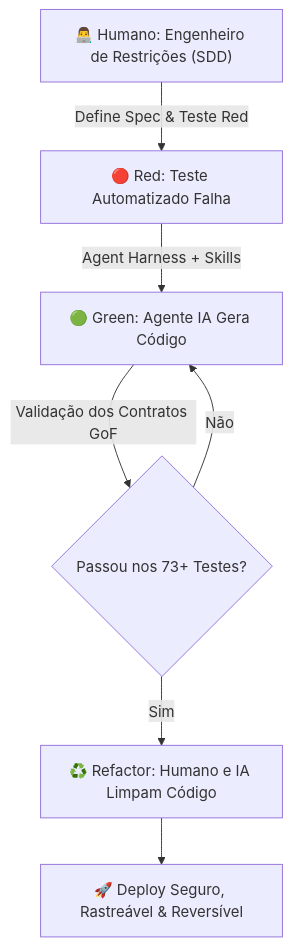
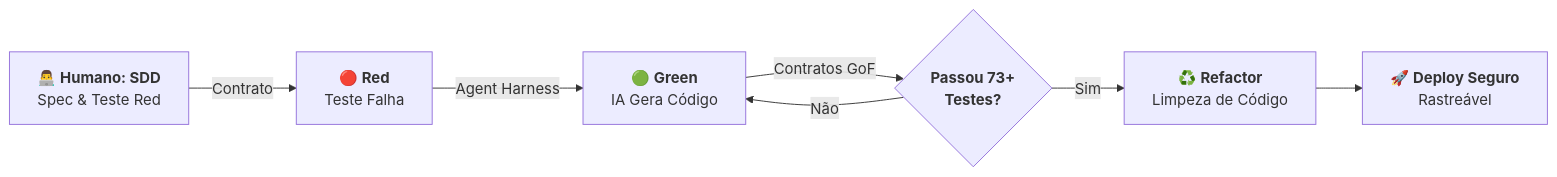
The second of 2 diagrams in Manifesto/manifesto.md (andresouza72br-sketch/SHM---Support-Hours-Manage), drawn with Mermaid before and after one commit. The commit also changed other lines of this file and 7 other files, not shown here.

Commit message:
docs(pdf): ajustar diagramas para alta legibilidade e proporcao ideal

````diff
--- a/Manifesto/manifesto.md
+++ b/Manifesto/manifesto.md
@@ -98,9 +98,9 @@
 ```mermaid
-flowchart TD
-    A["👨‍💻 Humano: Engenheiro de Restrições (SDD)"] -->|Define Spec & Teste Red| B["🔴 Red: Teste Automatizado Falha"]
-    B -->|Agent Harness + Skills| C["🟢 Green: Agente IA Gera Código"]
-    C -->|Validação dos Contratos GoF| D{"Passou nos 73+ Testes?"}
-    D -- Sim --> E["♻️ Refactor: Humano e IA Limpam Código"]
-    D -- Não --> C
-    E --> F["🚀 Deploy Seguro, Rastreável & Reversível"]
+flowchart LR
+    A["👨‍💻 <b>Humano: SDD</b><br>Spec & Teste Red"] -->|Contrato| B["🔴 <b>Red</b><br>Teste Falha"]
+    B -->|Agent Harness| C["🟢 <b>Green</b><br>IA Gera Código"]
+    C -->|Contratos GoF| D{"<b>Passou 73+<br>Testes?</b>"}
+    D -- "Não" --> C
+    D -- "Sim" --> E["♻️ <b>Refactor</b><br>Limpeza de Código"]
+    E --> F["🚀 <b>Deploy Seguro</b><br>Rastreável"]
 ```
````
